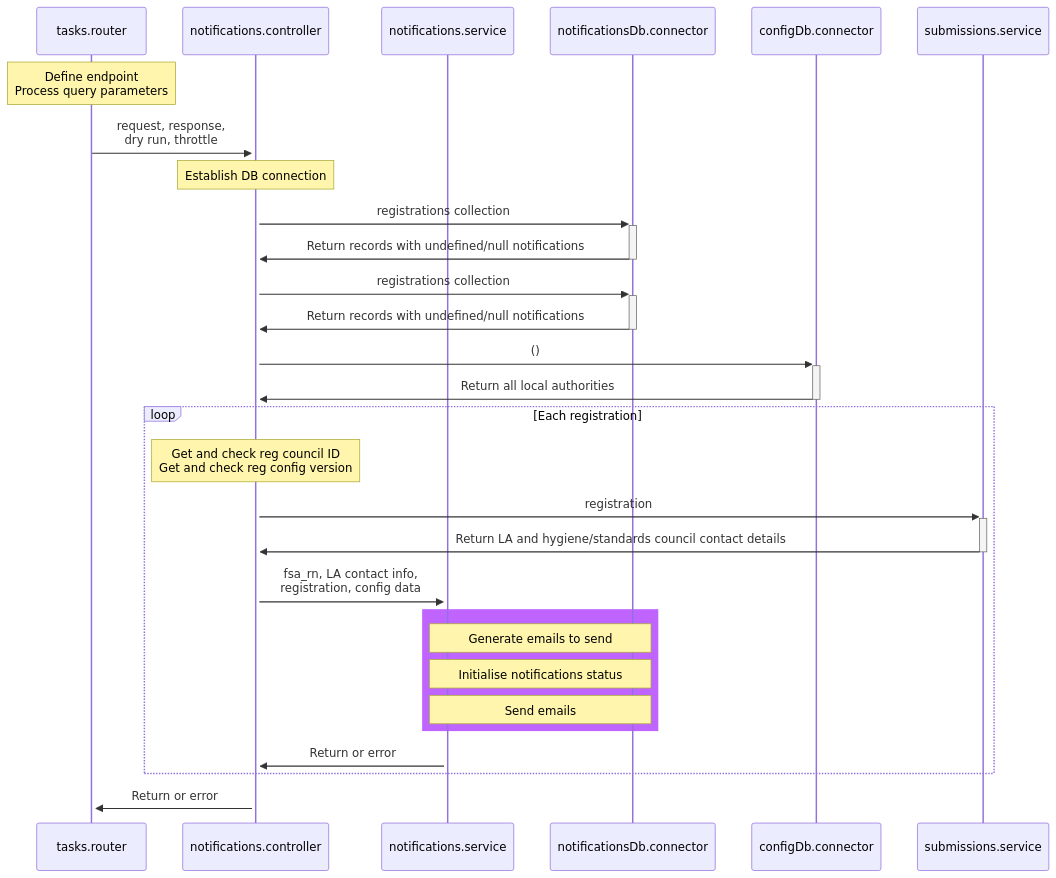
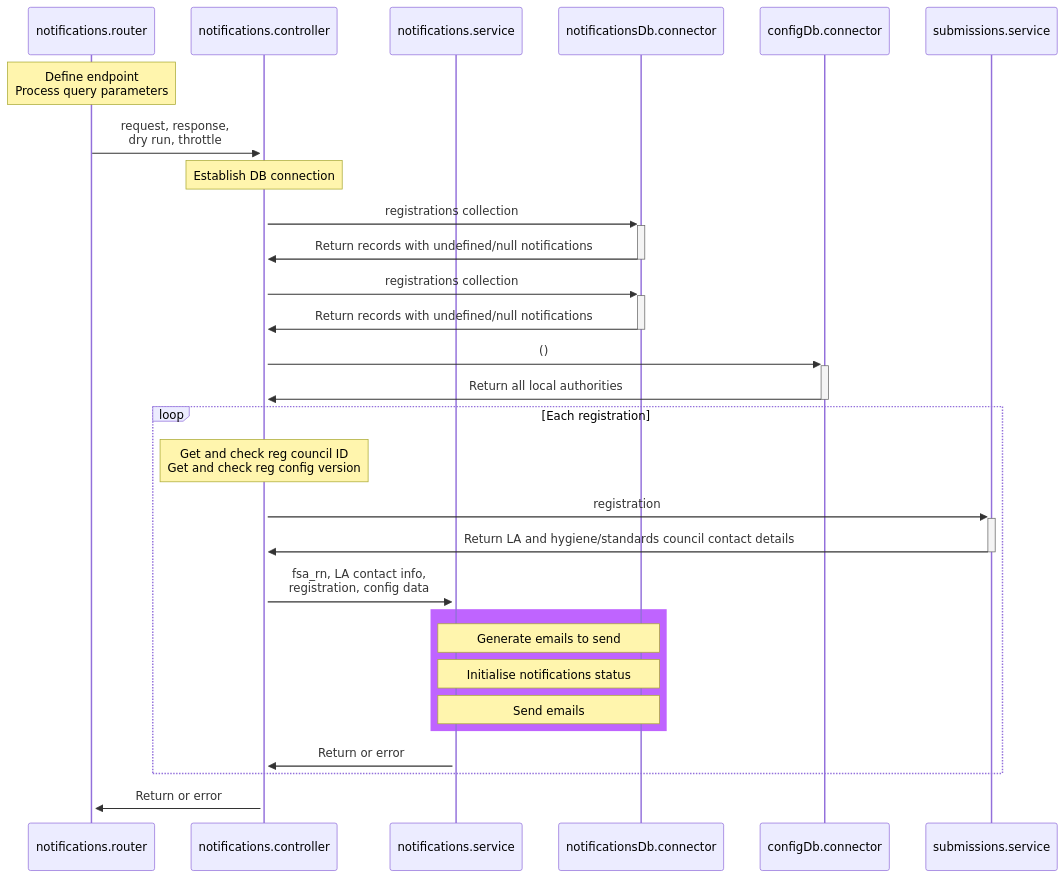
Before and after one commit to FoodStandardsAgency/register-a-food-business-service: the diagram in docs/contribution-guidelines/email-notifications.md, drawn with Mermaid. The commit also changed other lines of this file and 4 other files, not shown here.

Commit message:
refactor: rename tasks.router to notifications.router and update related references

````diff
--- a/docs/contribution-guidelines/email-notifications.md
+++ b/docs/contribution-guidelines/email-notifications.md
@@ -11,32 +11,32 @@
 ```mermaid
 sequenceDiagram
-participant router as tasks.router
+participant router as notifications.router
 participant controller as notifications.controller
 participant notifyservice as notifications.service
 participant cache as notificationsDb.connector
 participant db as configDb.connector
 participant submissions as submissions.service
 
     Note over router: Define endpoint<br/>Process query parameters
     router->>+controller: request, response, <br/>dry run, throttle
     Note over controller: Establish DB connection
     controller->>+cache: registrations collection
     cache->>-controller: Return records with undefined/null notifications
     controller->>+cache: registrations collection
     cache->>-controller: Return records with undefined/null notifications
     controller->>+db: ()
     db->>-controller: Return all local authorities
     loop Each registration
         Note over controller: Get and check reg council ID<br/>Get and check reg config version
         controller->>+submissions: registration
         submissions->>-controller: Return LA and hygiene/standards council contact details
         controller->>+notifyservice: fsa_rn, LA contact info, <br/>registration, config data
         rect rgb(191, 100, 255)
             Note over notifyservice, cache: Generate emails to send
             Note over notifyservice, cache: Initialise notifications status
             Note over notifyservice, cache: Send emails
         end
         notifyservice->>+controller: Return or error
     end
     controller->>+router: Return or error
 ```
````
